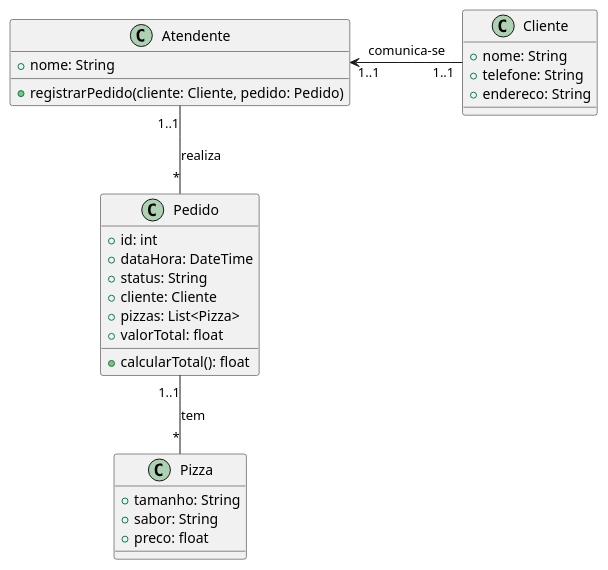
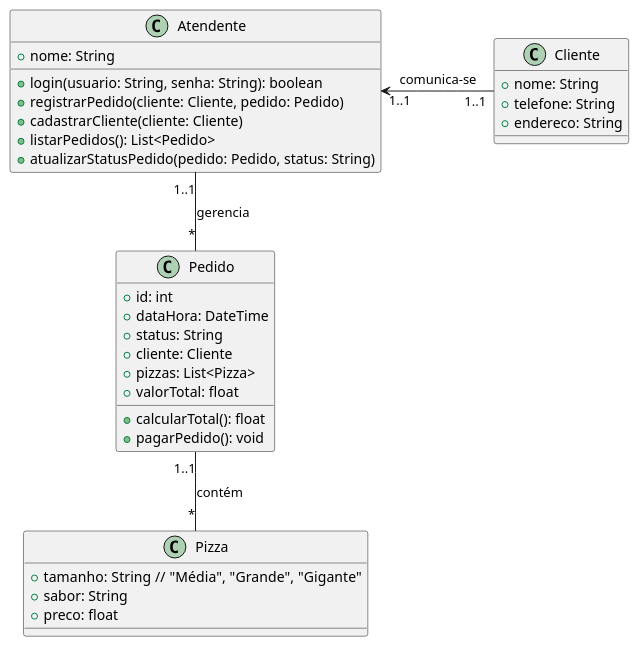
The diagram in docs/diagrama_classe/DC-Pizzaria.puml (kaylannesantos/pizzariaDelivery), drawn with PlantUML before and after one commit. The commit also changed other lines of this file and 2 other files, not shown here.

Commit message:
finalization diagrams

```diff
--- a/docs/diagrama_classe/DC-Pizzaria.puml
+++ b/docs/diagrama_classe/DC-Pizzaria.puml
@@ -2,35 +1,39 @@
-@startuml Diagrama de Classe - Pizzaria
+@startuml Digrama de Classe - Pizzaria
 
 class Cliente {
     +nome: String
     +telefone: String
     +endereco: String
-    '+realizarPedido(pedido: Pedido):void
 }
 
 class Atendente {
     +nome: String
+    +login(usuario: String, senha: String): boolean
     +registrarPedido(cliente: Cliente, pedido: Pedido)
+    +cadastrarCliente(cliente: Cliente)
+    +listarPedidos(): List<Pedido>
+    +atualizarStatusPedido(pedido: Pedido, status: String)
 }
 
 class Pizza {
-    +tamanho: String /'"Média", "Grande", "Gigante"'/
+    +tamanho: String  // "Média", "Grande", "Gigante"
     +sabor: String
     +preco: float
 }
 
 class Pedido {
     +id: int
     +dataHora: DateTime
     +status: String
     +cliente: Cliente
     +pizzas: List<Pizza>
     +valorTotal: float
     +calcularTotal(): float
+    +pagarPedido(): void
 }
 
 Cliente "1..1" -left-> "1..1" Atendente : comunica-se
-Atendente "1..1" -- "*" Pedido : realiza
-Pedido "1..1" -- "*" Pizza : tem
+Atendente "1..1" -- "*" Pedido : gerencia
+Pedido "1..1" -- "*" Pizza : contém
 
 @enduml
```
